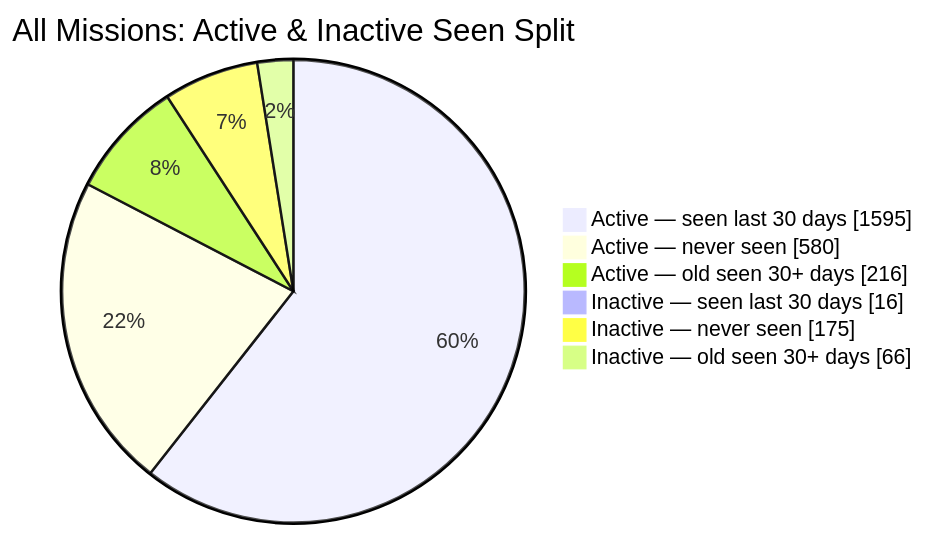
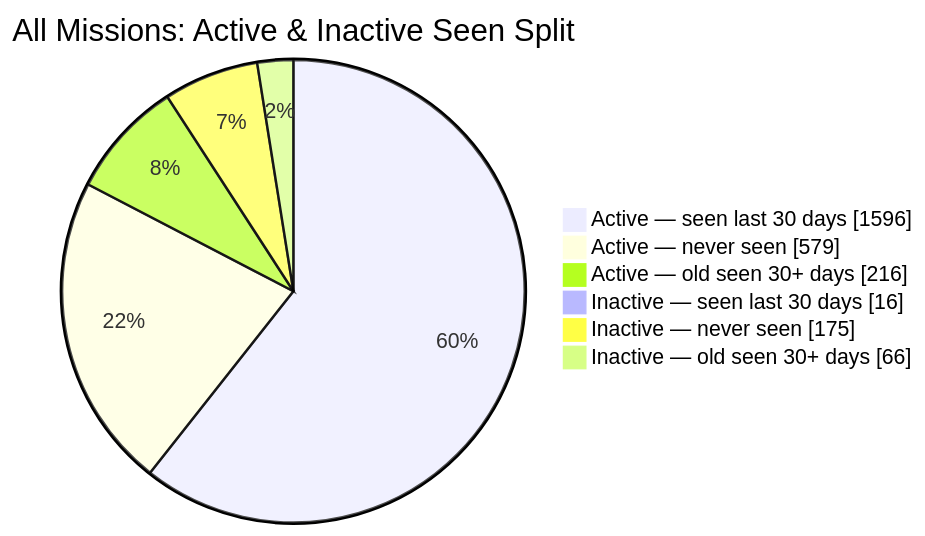
The second of 2 diagrams in README.md (MeldkamerspelGameTeam/active-missions), drawn with Mermaid before and after one commit. The commit also changed other lines of this file and 3 other files, not shown here.

````diff
--- a/README.md
+++ b/README.md
@@ -44,10 +44,10 @@
 ```mermaid
 pie showData
     title All Missions: Active & Inactive Seen Split
-    "Active — seen last 30 days" : 1595
-    "Active — never seen" : 580
+    "Active — seen last 30 days" : 1596
+    "Active — never seen" : 579
     "Active — old seen 30+ days" : 216
     "Inactive — seen last 30 days" : 16
     "Inactive — never seen" : 175
     "Inactive — old seen 30+ days" : 66
 ```
````
